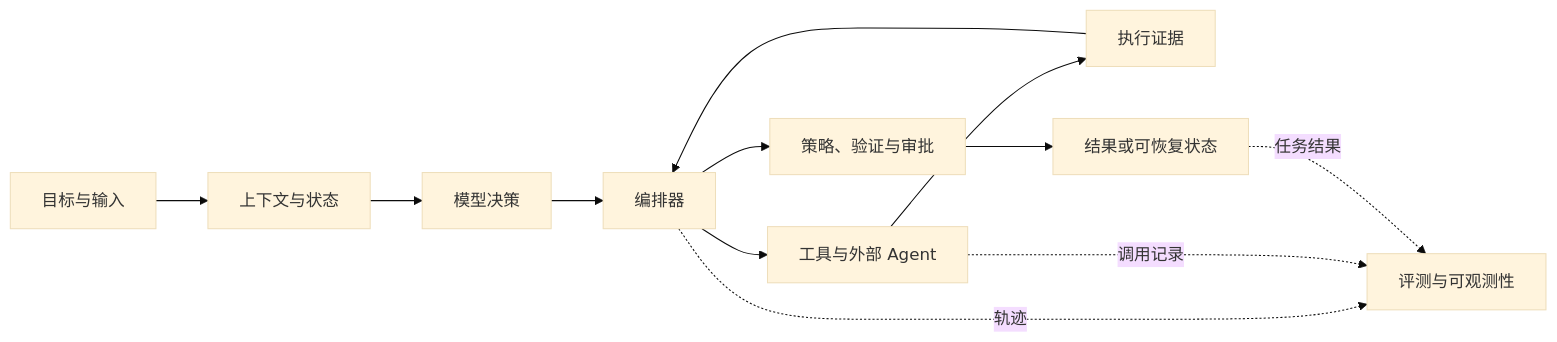
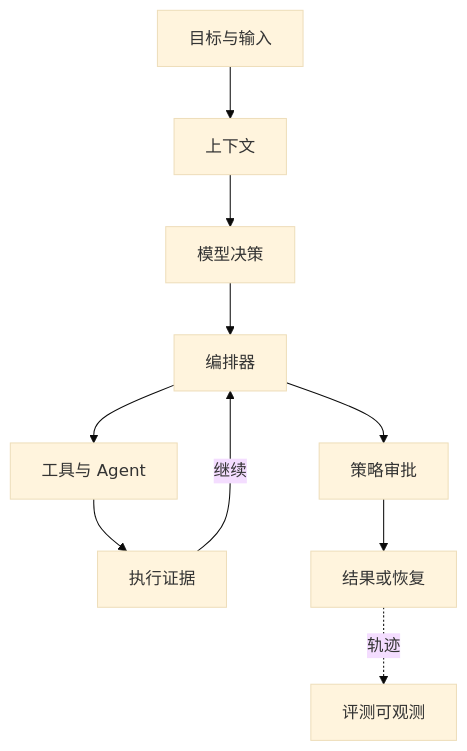
One commit to hub138/technical-knowledge changed the diagram in vault/知识库管理/归档/来源/论文与项目/Agent应用工程技术核验.md. Above: the diagram before and after it, drawn with Mermaid (base theme). The commit also changed other lines of this file and 622 other files, not shown here.

````diff
--- a/vault/知识库管理/归档/来源/论文与项目/Agent应用工程技术核验.md
+++ b/vault/知识库管理/归档/来源/论文与项目/Agent应用工程技术核验.md
@@ -37,14 +39,12 @@
 ```mermaid
-flowchart LR
-    I[目标与输入] --> C[上下文与状态]
+flowchart TD
+    I[目标与输入] --> C[上下文]
     C --> M[模型决策]
     M --> O[编排器]
-    O --> T[工具与外部 Agent]
+    O --> T[工具与 Agent]
     T --> E[执行证据]
-    E --> O
-    O --> V[策略、验证与审批]
-    V --> R[结果或可恢复状态]
-    O -.轨迹.-> Q[评测与可观测性]
-    T -.调用记录.-> Q
-    R -.任务结果.-> Q
+    E -->|继续| O
+    O --> V[策略审批]
+    V --> R[结果或恢复]
+    R -.轨迹.-> Q[评测可观测]
 ```
````
